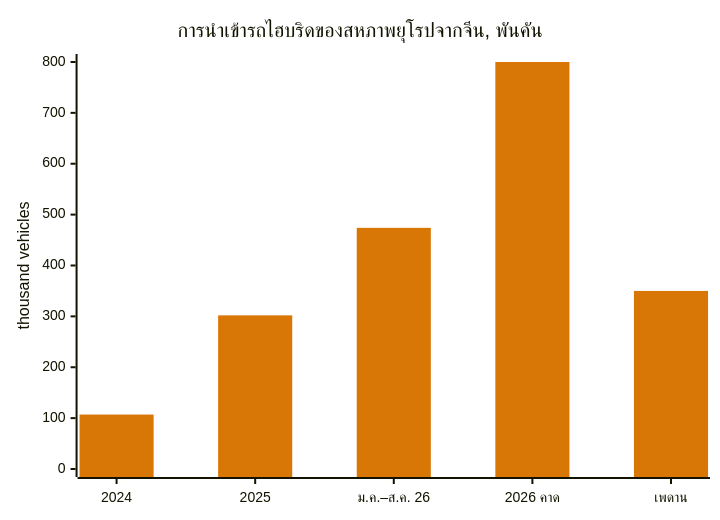
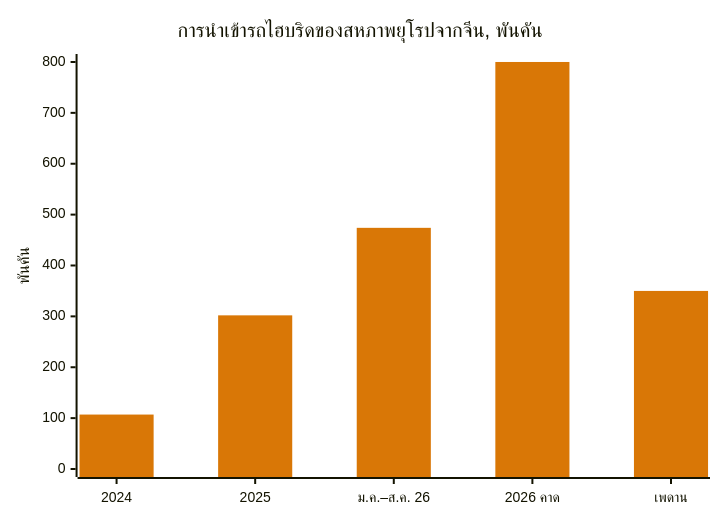
Before and after one commit to dureach/research: the third of 15 diagrams in Global-Trade-Intelligence-weekly-2026-11-23/index.th.md, drawn with Mermaid. The commit also changed other lines of this file and 5 other files, not shown here.

````diff
--- a/Global-Trade-Intelligence-weekly-2026-11-23/index.th.md
+++ b/Global-Trade-Intelligence-weekly-2026-11-23/index.th.md
@@ -293,8 +293,8 @@
 ```mermaid
 %%{init: {'theme': 'base', 'themeVariables': {'xyChart': {'plotColorPalette': '#d97706'}}}}%%
 xychart-beta
     title "การนำเข้ารถไฮบริดของสหภาพยุโรปจากจีน, พันคัน"
     x-axis ["2024", "2025", "ม.ค.–ส.ค. 26", "2026 คาด", "เพดาน"]
-    y-axis "thousand vehicles" 0 --> 800
+    y-axis "พันคัน" 0 --> 800
     bar [107, 302, 474, 800, 350]
 ```
````
